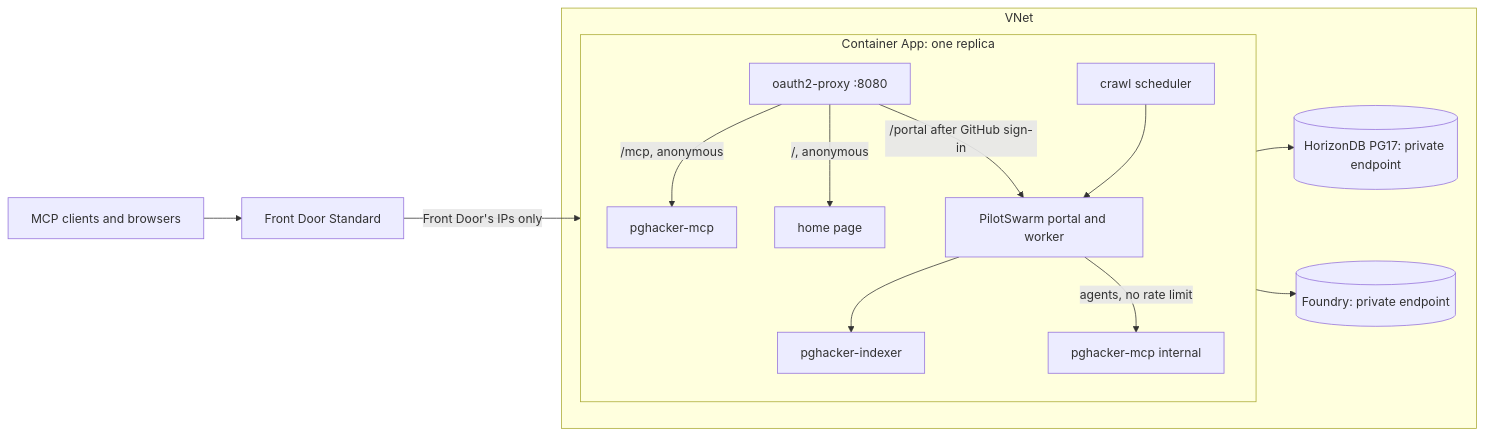
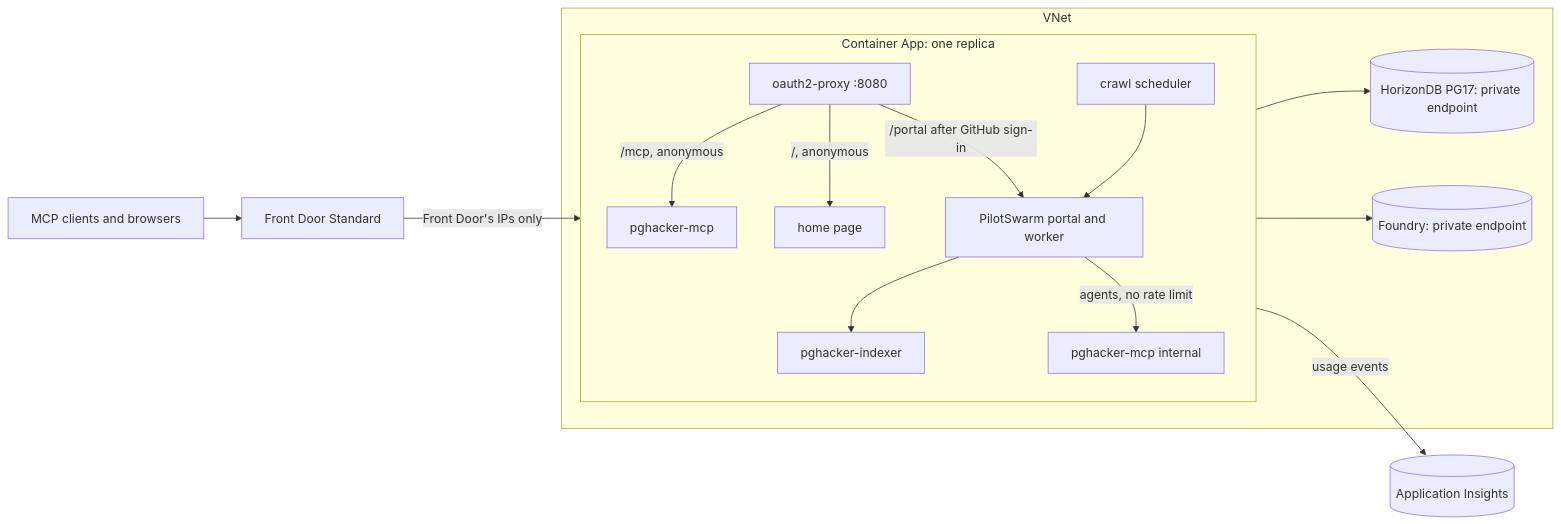
One commit to Azure-Samples/pghacker-mcp changed the diagram in deploy/README.md. Above: the diagram before and after it, drawn with Mermaid. The commit also changed other lines of this file and 42 other files, not shown here.

````diff
--- a/deploy/README.md
+++ b/deploy/README.md
@@ -5,19 +5,20 @@
 ```mermaid
 flowchart LR
   U[MCP clients and browsers] --> AFD[Front Door Standard]
   AFD -->|Front Door's IPs only| CA
   subgraph VNet
     subgraph CA[Container App: one replica]
       P[oauth2-proxy :8080] -->|/mcp, anonymous| M[pghacker-mcp]
       P -->|/, anonymous| H[home page]
       P -->|/portal after GitHub sign-in| S[PilotSwarm portal and worker]
       S --> I[pghacker-indexer]
       S -->|agents, no rate limit| M2[pghacker-mcp internal]
       C[crawl scheduler] --> S
     end
     DB[(HorizonDB PG17: private endpoint)]
     F[(Foundry: private endpoint)]
   end
   CA --> DB
   CA --> F
+  CA -->|usage events| AI[(Application Insights)]
 ```
````
